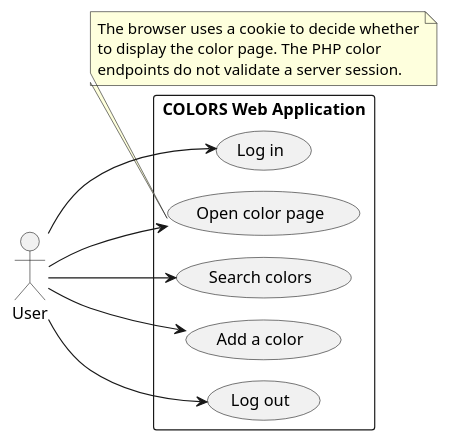
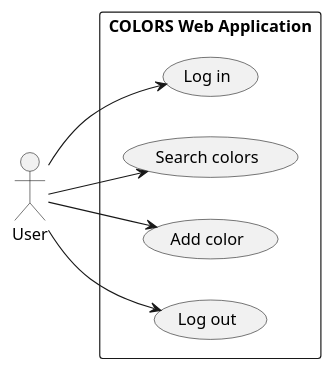
Before and after one commit to MelindaM4y/POOSD-COLORS-Lab: the diagram in docs/uml/usecase.puml, drawn with PlantUML. The commit also changed 5 other files, not shown here.

Commit message:
Add final UML Diagrams

```diff
--- a/docs/uml/usecase.puml
+++ b/docs/uml/usecase.puml
@@ -1,27 +1,18 @@
 @startuml
-!pragma layout smetana
 left to right direction
-skinparam packageStyle rectangle
 
 actor User
 
 rectangle "COLORS Web Application" {
   usecase "Log in" as Login
-  usecase "Open color page" as OpenColors
   usecase "Search colors" as SearchColors
-  usecase "Add a color" as AddColor
+  usecase "Add color" as AddColor
   usecase "Log out" as Logout
 }
 
 User --> Login
-User --> OpenColors
 User --> SearchColors
 User --> AddColor
 User --> Logout
 
-note bottom of OpenColors
-The browser uses a cookie to decide whether
-to display the color page. The PHP color
-endpoints do not validate a server session.
-end note
 @enduml
```
